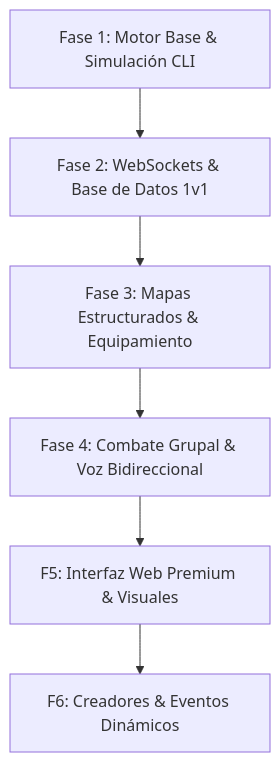
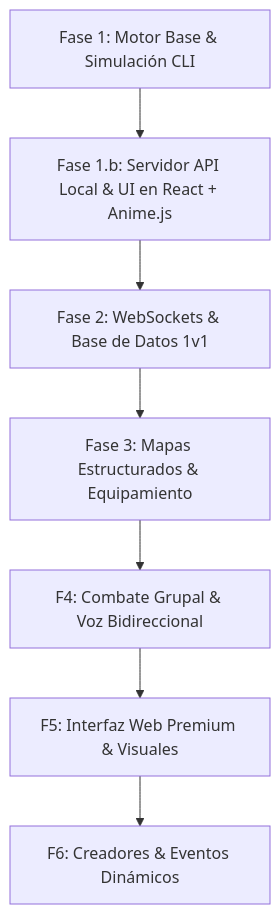
The diagram in ROADMAP.md (dp-cross-projects/battle-agents), drawn with Mermaid before and after one commit. The commit also changed other lines of this file and 12 other files, not shown here.

````diff
--- a/ROADMAP.md
+++ b/ROADMAP.md
@@ -5,8 +5,9 @@
 ```mermaid
 graph TD
-    F1[Fase 1: Motor Base & Simulación CLI] --> F2[Fase 2: WebSockets & Base de Datos 1v1]
+    F1[Fase 1: Motor Base & Simulación CLI] --> F1b[Fase 1.b: Servidor API Local & UI en React + Anime.js]
+    F1b --> F2[Fase 2: WebSockets & Base de Datos 1v1]
     F2 --> F3[Fase 3: Mapas Estructurados & Equipamiento]
-    F3 --> F4[Fase 4: Combate Grupal & Voz Bidireccional]
+    F3 --> F4[F4: Combate Grupal & Voz Bidireccional]
     F4 --> F5[F5: Interfaz Web Premium & Visuales]
     F5 --> F6[F6: Creadores & Eventos Dinámicos]
 ```
````
